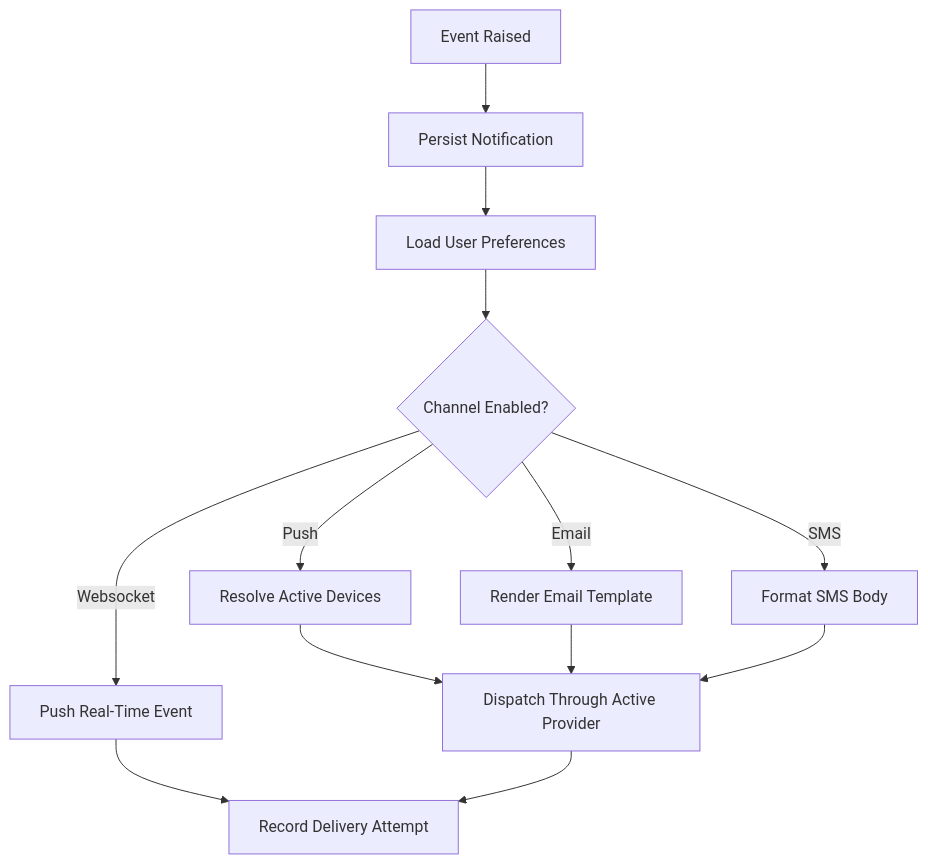
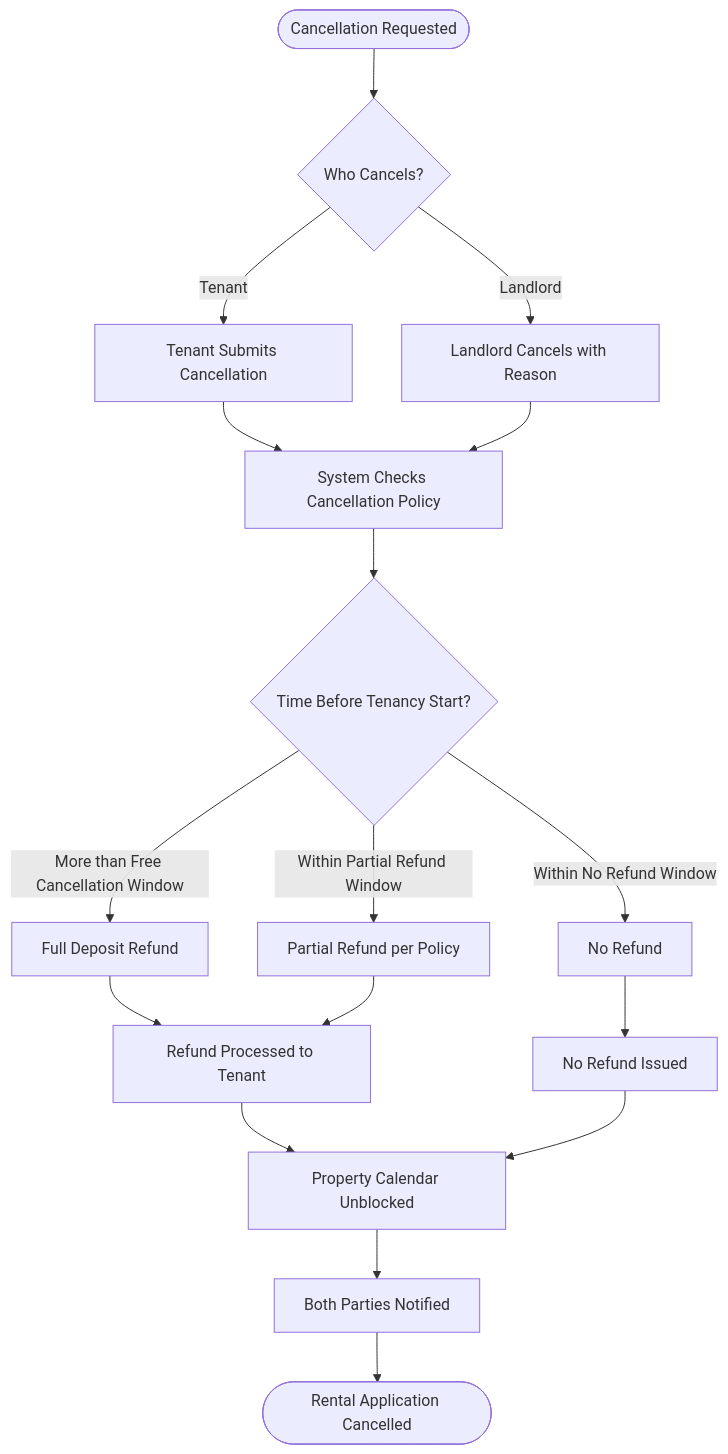
The sixth of 6 diagrams in docs/analysis/activity-diagrams.md (0Ankit0/meroghar), drawn with Mermaid before and after one commit. The commit also changed other lines of this file and 4 other files, not shown here.

````diff
--- a/docs/analysis/activity-diagrams.md
+++ b/docs/analysis/activity-diagrams.md
@@ -3,15 +158,23 @@
 ```mermaid
 flowchart TD
-  A[Event Raised] --> B[Persist Notification]
-  B --> C[Load User Preferences]
-  C --> D{Channel Enabled?}
-  D -->|Websocket| E[Push Real-Time Event]
-  D -->|Push| F[Resolve Active Devices]
-  D -->|Email| G[Render Email Template]
-  D -->|SMS| H[Format SMS Body]
-  F --> I[Dispatch Through Active Provider]
-  G --> I
-  H --> I
-  E --> J[Record Delivery Attempt]
-  I --> J
+    A([Cancellation Requested]) --> B{Who Cancels?}
+    B -- Tenant --> C[Tenant Submits Cancellation]
+    B -- Landlord --> D[Landlord Cancels with Reason]
+
+    C --> E[System Checks Cancellation Policy]
+    D --> E
+
+    E --> F{Time Before Tenancy Start?}
+    F -- More than Free Cancellation Window --> G[Full Deposit Refund]
+    F -- Within Partial Refund Window --> H[Partial Refund per Policy]
+    F -- Within No Refund Window --> I[No Refund]
+
+    G --> J[Refund Processed to Tenant]
+    H --> J
+    I --> K[No Refund Issued]
+
+    J --> L[Property Calendar Unblocked]
+    K --> L
+    L --> M[Both Parties Notified]
+    M --> N([Rental Application Cancelled])
 ```
````
